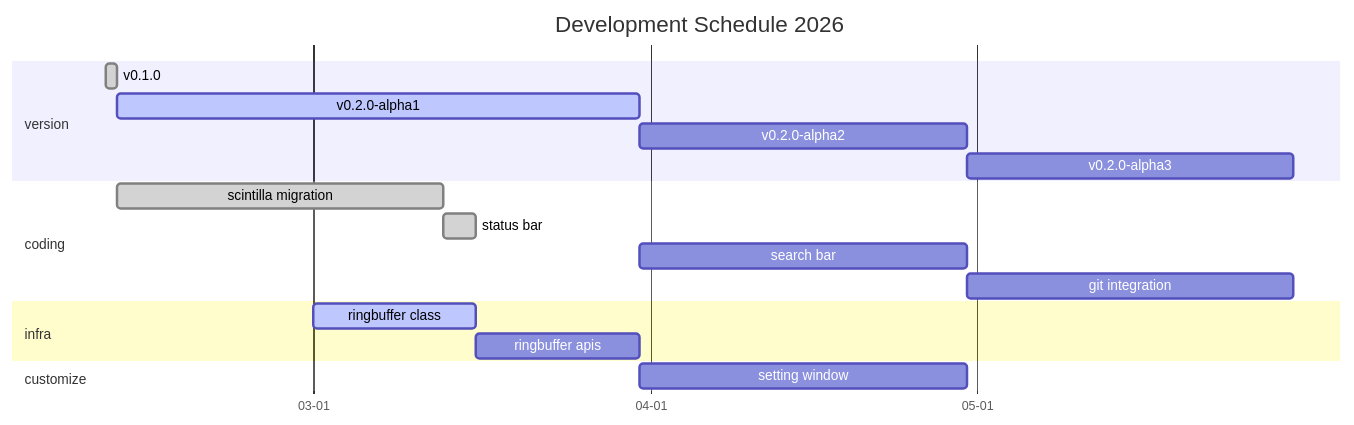
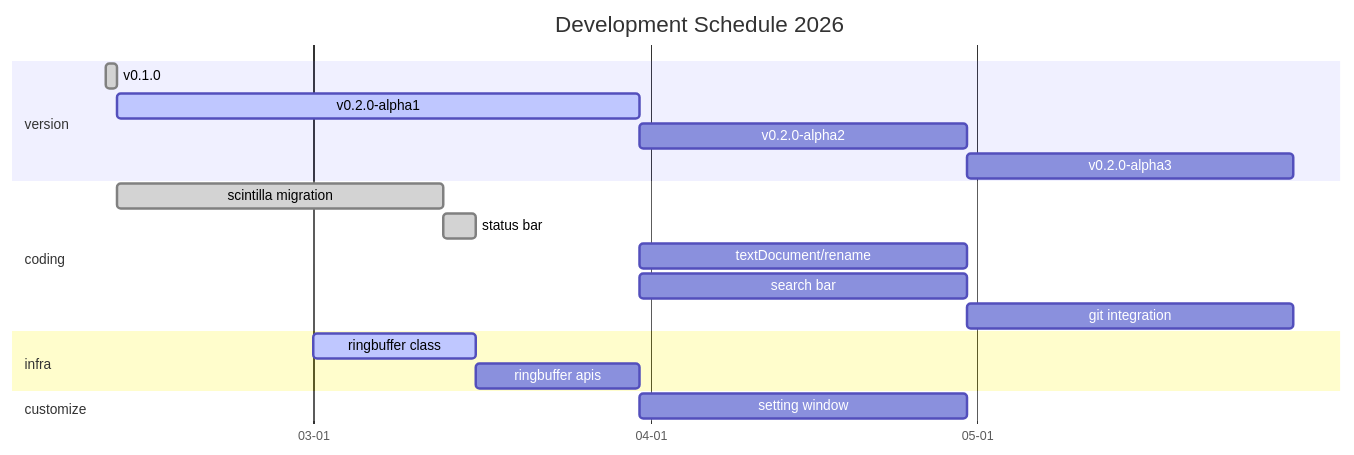
Before and after one commit to zyt20001205/UniComm2: the second of 3 diagrams in readme.md, drawn with Mermaid. The commit also changed other lines of this file, not shown here.

````diff
--- a/readme.md
+++ b/readme.md
@@ -79,28 +79,27 @@
 ```mermaid
 gantt
     title Development Schedule 2026
     dateFormat MM-DD
     axisFormat %m-%d
     tickInterval 1month
 
     section version
         v0.1.0: done, 02-10, 1d
         v0.2.0-alpha1: active, 02-11, 48d
         v0.2.0-alpha2: 03-31, 30d
         v0.2.0-alpha3: 04-30, 30d
 
     section coding
         scintilla migration: done, 02-11, 30d
         status bar: done, 3d
-        
+        textDocument/rename: 03-31, 30d
         search bar: 03-31, 30d
-        
         git integration: 04-30, 30d
 
     section infra
         ringbuffer class: active, 03-01, 15d
         ringbuffer apis: 15d
 
     section customize
         setting window: 03-31, 30d
 ```
````
